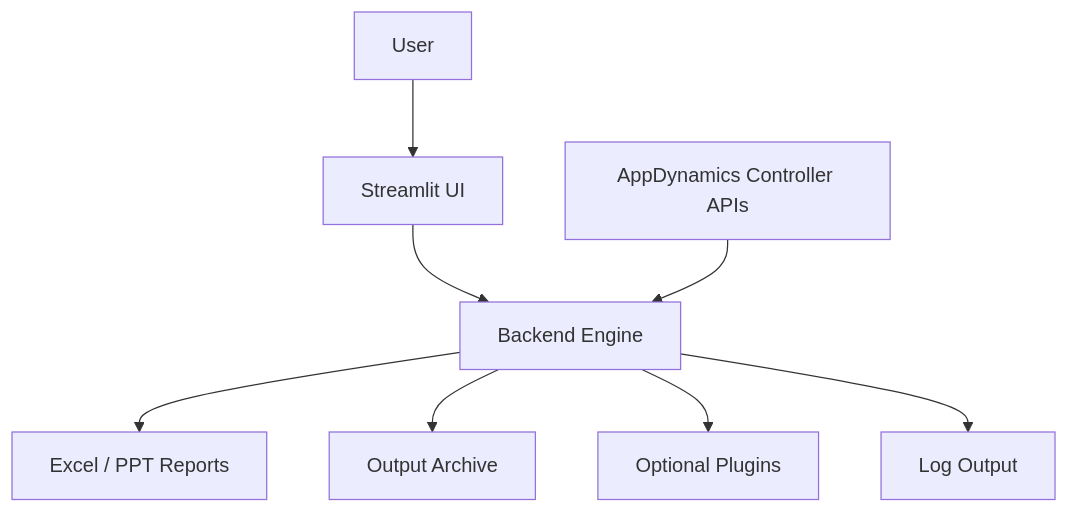
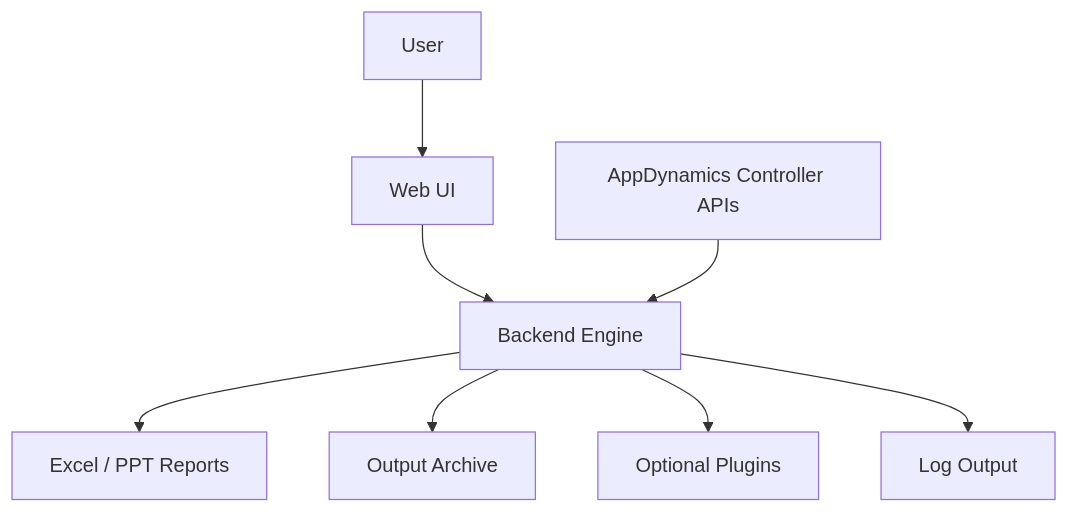
One commit to alexafshar/config-assessment-tool changed the first of 2 diagrams in docs/OVERVIEW.md. Above: the diagram before and after it, drawn with Mermaid. The commit also changed other lines of this file, not shown here.

````diff
--- a/docs/OVERVIEW.md
+++ b/docs/OVERVIEW.md
@@ -44,10 +44,10 @@
 ```mermaid
 graph TD
-    User[User] --> UI[Streamlit UI]
+    User[User] --> UI[Web UI]
     UI --> Backend[Backend Engine]
     Controller[AppDynamics Controller APIs] --> Backend
     Backend --> Reports[Excel / PPT Reports]
     Backend --> Archive[Output Archive]
     Backend --> Plugins[Optional Plugins]
     Backend--> Logs[Log Output]
 ```
````
